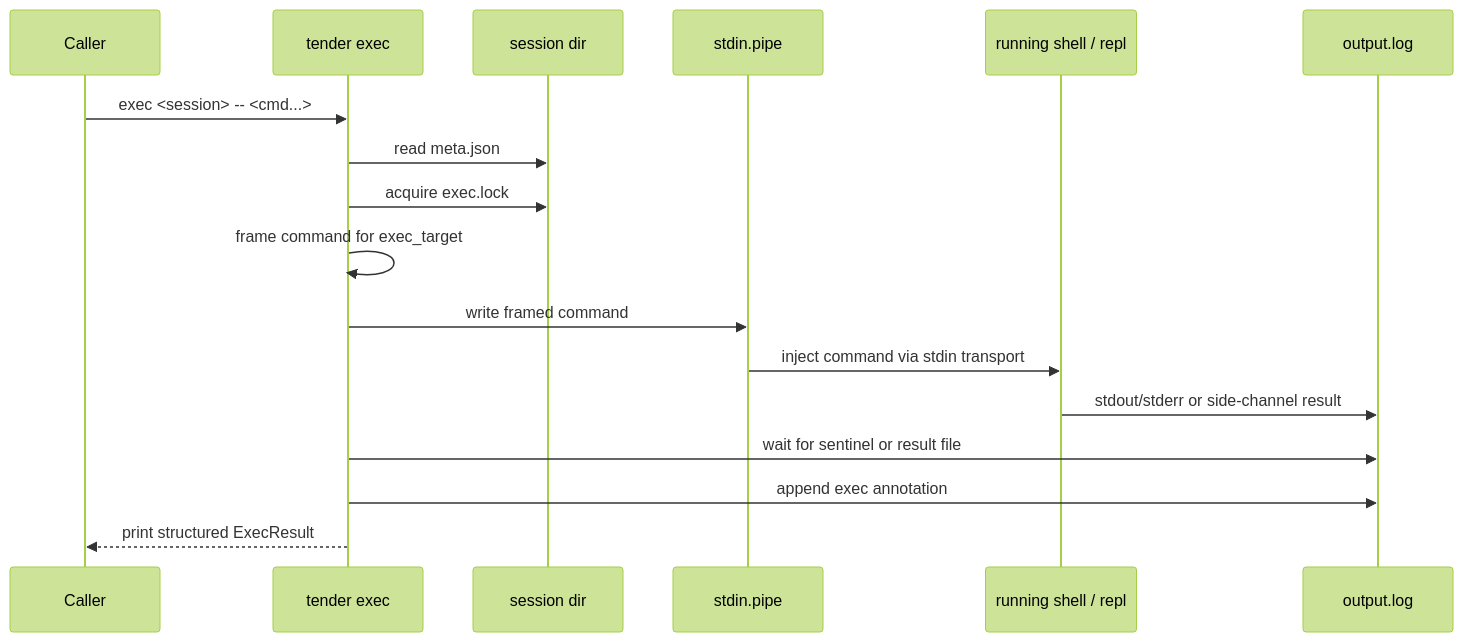
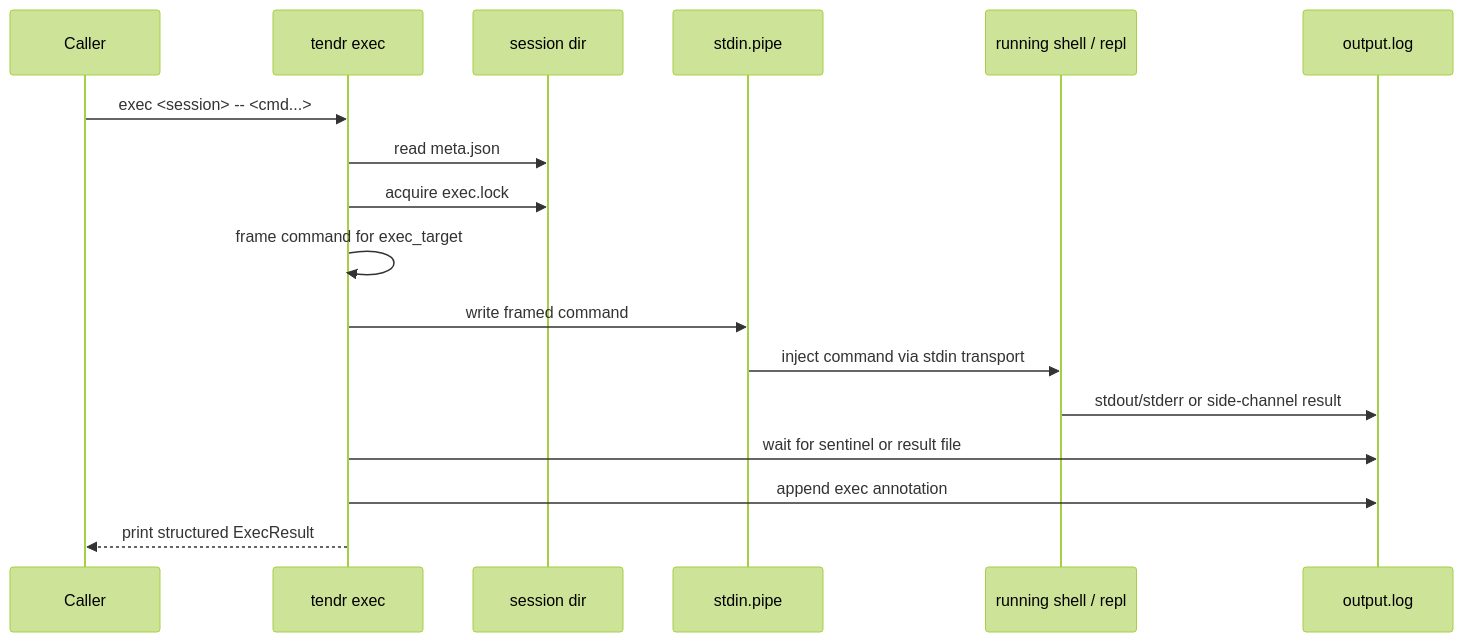
One commit to grumpydevorg/agenttender changed the second of 4 diagrams in docs/architecture/05-key-flows.md. Above: the diagram before and after it, drawn with Mermaid (forest theme). The commit also changed other lines of this file and 126 other files, not shown here.

First line of the commit message:
refactor!: rename tender to tendr

````diff
--- a/docs/architecture/05-key-flows.md
+++ b/docs/architecture/05-key-flows.md
@@ -36,20 +36,20 @@
 ```mermaid
 sequenceDiagram
     participant Caller
-    participant CLI as tender exec
+    participant CLI as tendr exec
     participant Session as session dir
     participant FIFO as stdin.pipe
     participant Shell as running shell / repl
     participant Log as output.log
 
     Caller->>CLI: exec <session> -- <cmd...>
     CLI->>Session: read meta.json
     CLI->>Session: acquire exec.lock
     CLI->>CLI: frame command for exec_target
     CLI->>FIFO: write framed command
     FIFO->>Shell: inject command via stdin transport
     Shell->>Log: stdout/stderr or side-channel result
     CLI->>Log: wait for sentinel or result file
     CLI->>Log: append exec annotation
     CLI-->>Caller: print structured ExecResult
 ```
````
